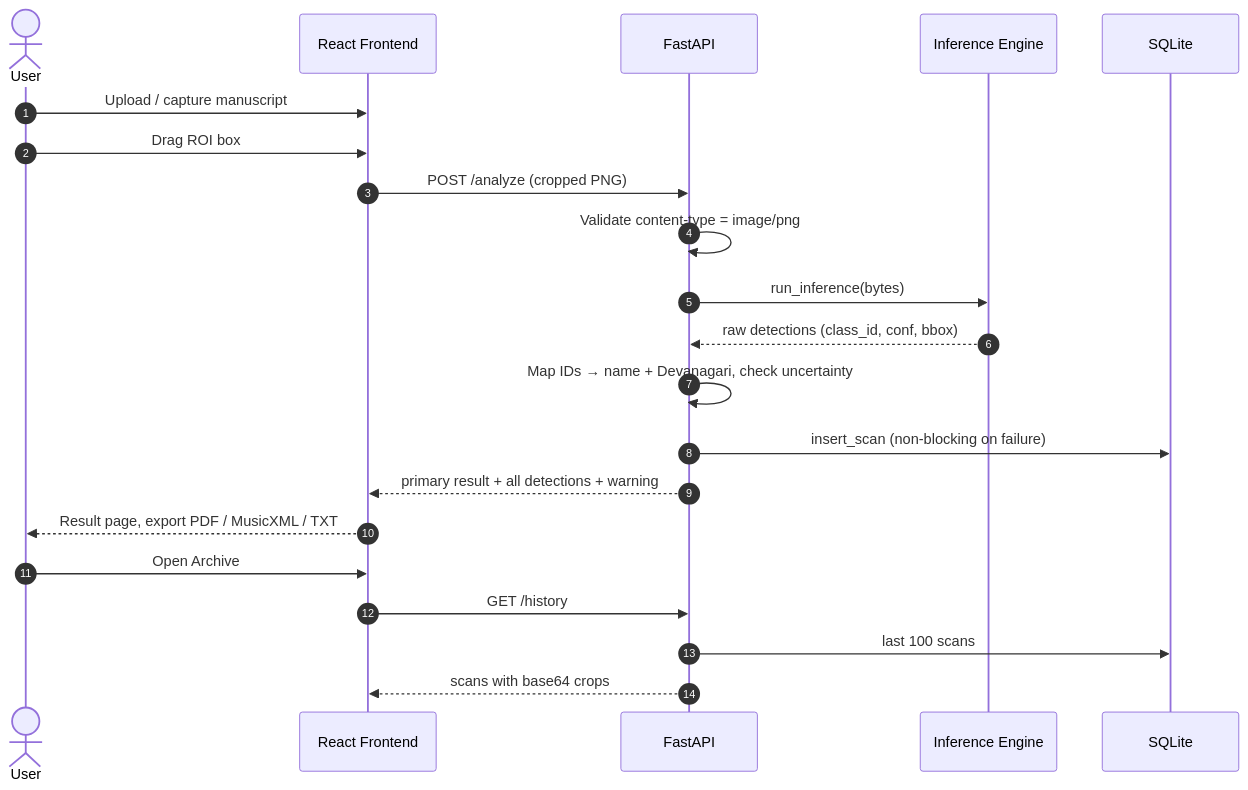
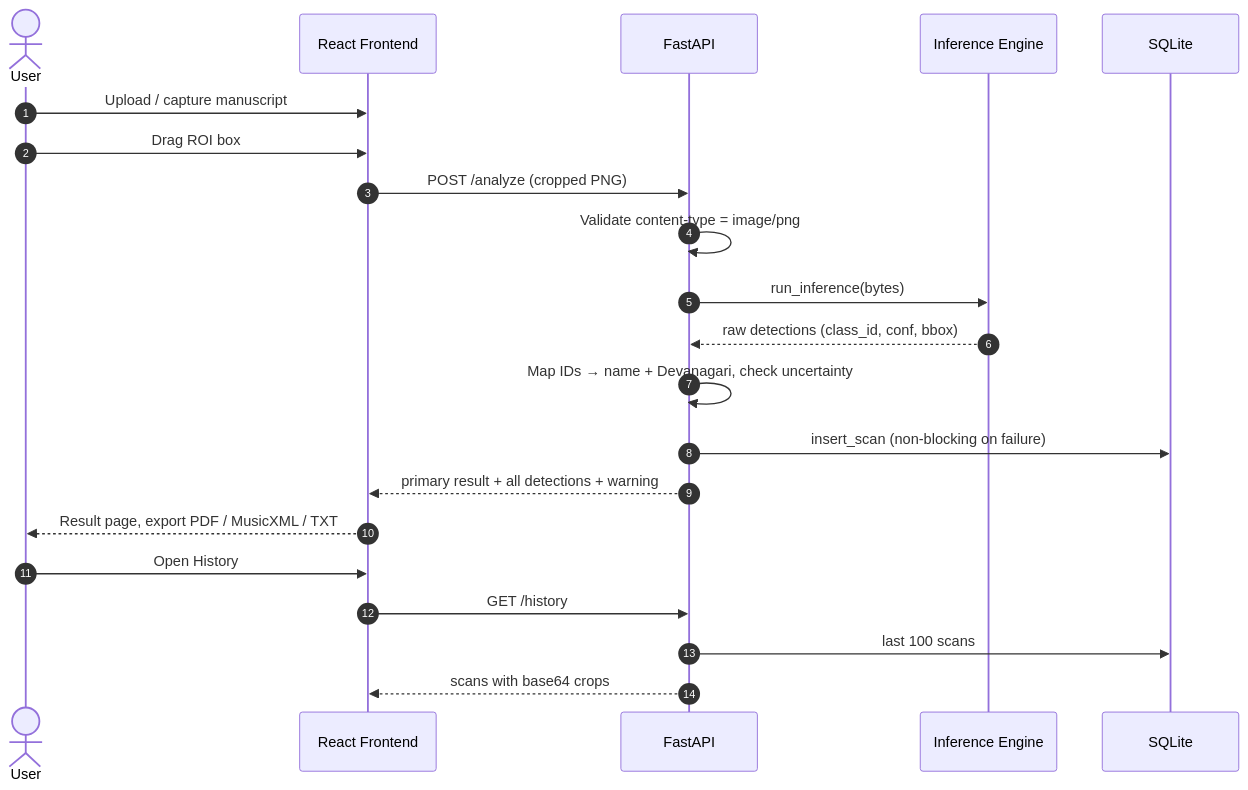
One commit to Kaifkhurshid7/swara-detection changed the third of 5 diagrams in README.md. Above: the diagram before and after it, drawn with Mermaid. The commit also changed other lines of this file and 14 other files, not shown here.

````diff
--- a/README.md
+++ b/README.md
@@ -165,24 +165,24 @@
 ```mermaid
 sequenceDiagram
     autonumber
     actor U as User
     participant FE as React Frontend
     participant API as FastAPI
     participant ENG as Inference Engine
     participant DB as SQLite
 
     U->>FE: Upload / capture manuscript
     U->>FE: Drag ROI box
     FE->>API: POST /analyze (cropped PNG)
     API->>API: Validate content-type = image/png
     API->>ENG: run_inference(bytes)
     ENG-->>API: raw detections (class_id, conf, bbox)
     API->>API: Map IDs → name + Devanagari, check uncertainty
     API->>DB: insert_scan (non-blocking on failure)
     API-->>FE: primary result + all detections + warning
     FE-->>U: Result page, export PDF / MusicXML / TXT
-    U->>FE: Open Archive
+    U->>FE: Open History
     FE->>API: GET /history
     API->>DB: last 100 scans
     API-->>FE: scans with base64 crops
 ```
````
